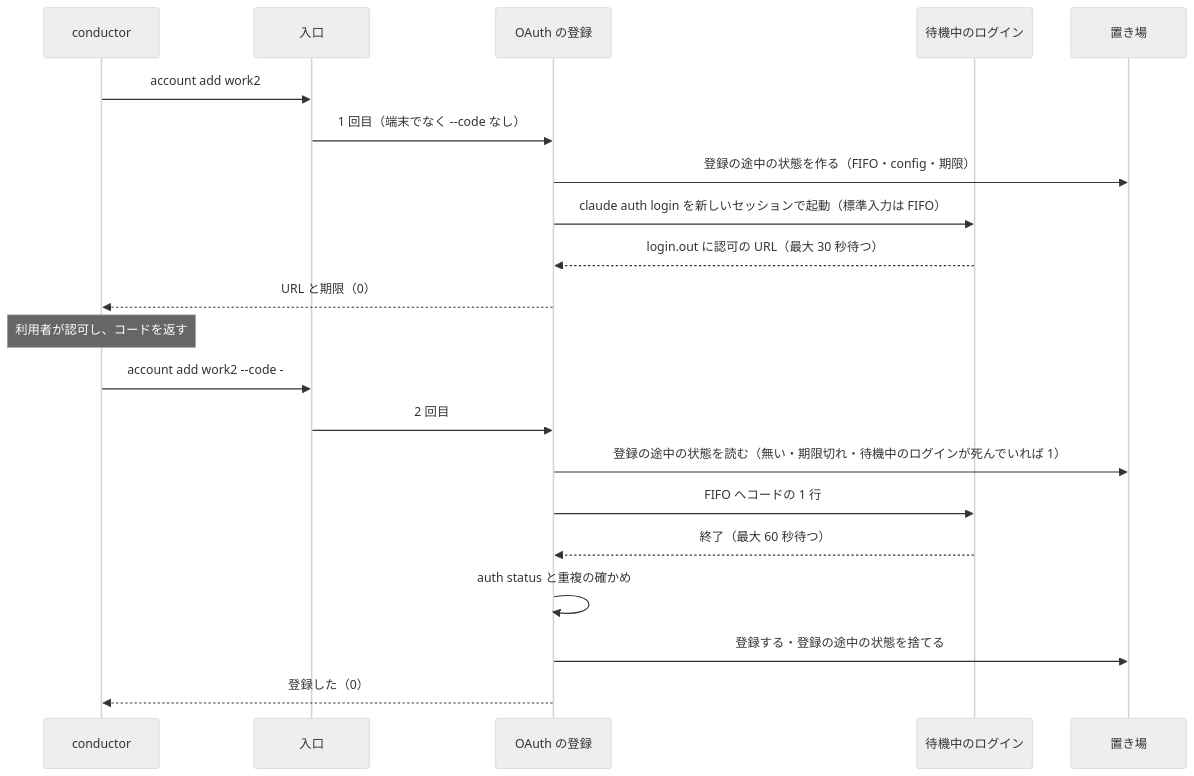
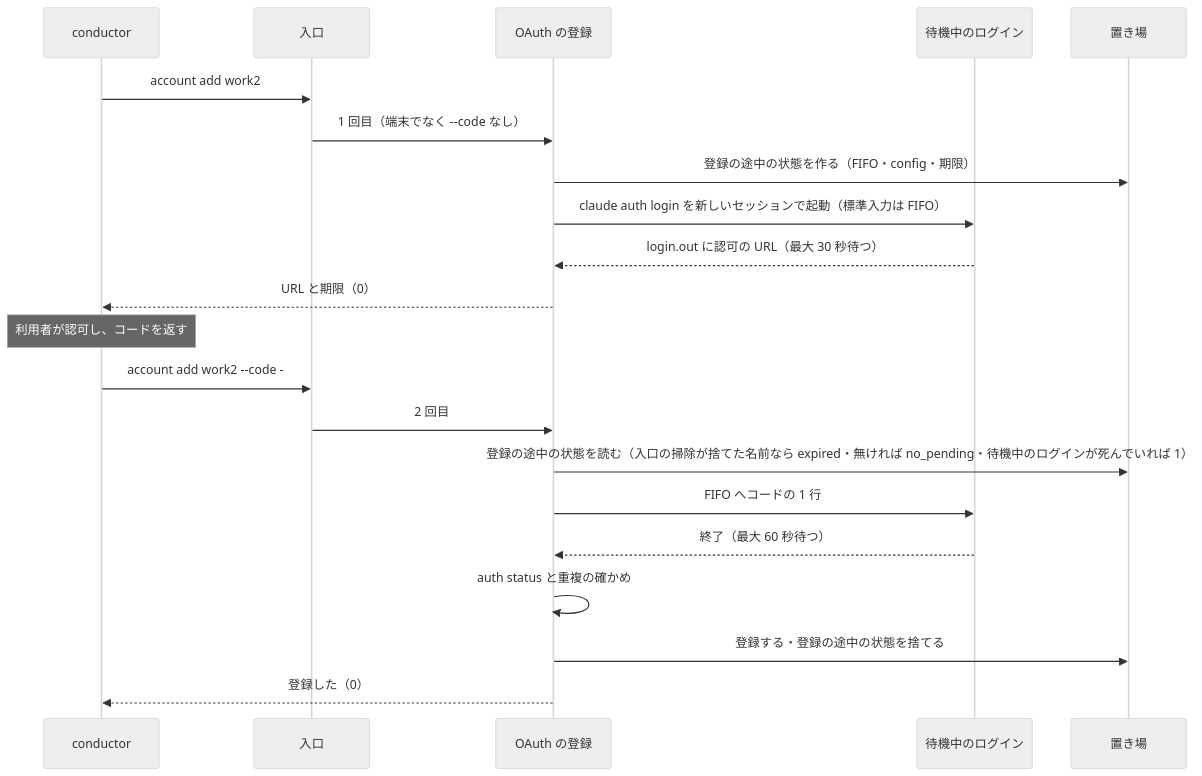
One commit to devbasex/ai-plugins changed the sixth of 7 diagrams in issues/issue-1468-design.md. Above: the diagram before and after it, drawn with Mermaid (neutral theme). The commit also changed other lines of this file, not shown here.

First line of the commit message:
docs(design): #1468 の I9 に config/ の例外を明記し、expired の判定経路を定義する

````diff
--- a/issues/issue-1468-design.md
+++ b/issues/issue-1468-design.md
@@ -418,23 +418,23 @@
 ```mermaid
 sequenceDiagram
     participant U as conductor
     participant A as 入口
     participant L as OAuth の登録
     participant C as 待機中のログイン
     participant S as 置き場
     U->>A: account add work2
     A->>L: 1 回目（端末でなく --code なし）
     L->>S: 登録の途中の状態を作る（FIFO・config・期限）
     L->>C: claude auth login を新しいセッションで起動（標準入力は FIFO）
     C-->>L: login.out に認可の URL（最大 30 秒待つ）
     L-->>U: URL と期限（0）
     Note over U: 利用者が認可し、コードを返す
     U->>A: account add work2 --code -
     A->>L: 2 回目
-    L->>S: 登録の途中の状態を読む（無い・期限切れ・待機中のログインが死んでいれば 1）
+    L->>S: 登録の途中の状態を読む（入口の掃除が捨てた名前なら expired・無ければ no_pending・待機中のログインが死んでいれば 1）
     L->>C: FIFO へコードの 1 行
     C-->>L: 終了（最大 60 秒待つ）
     L->>L: auth status と重複の確かめ
     L->>S: 登録する・登録の途中の状態を捨てる
     L-->>U: 登録した（0）
 ```
````
